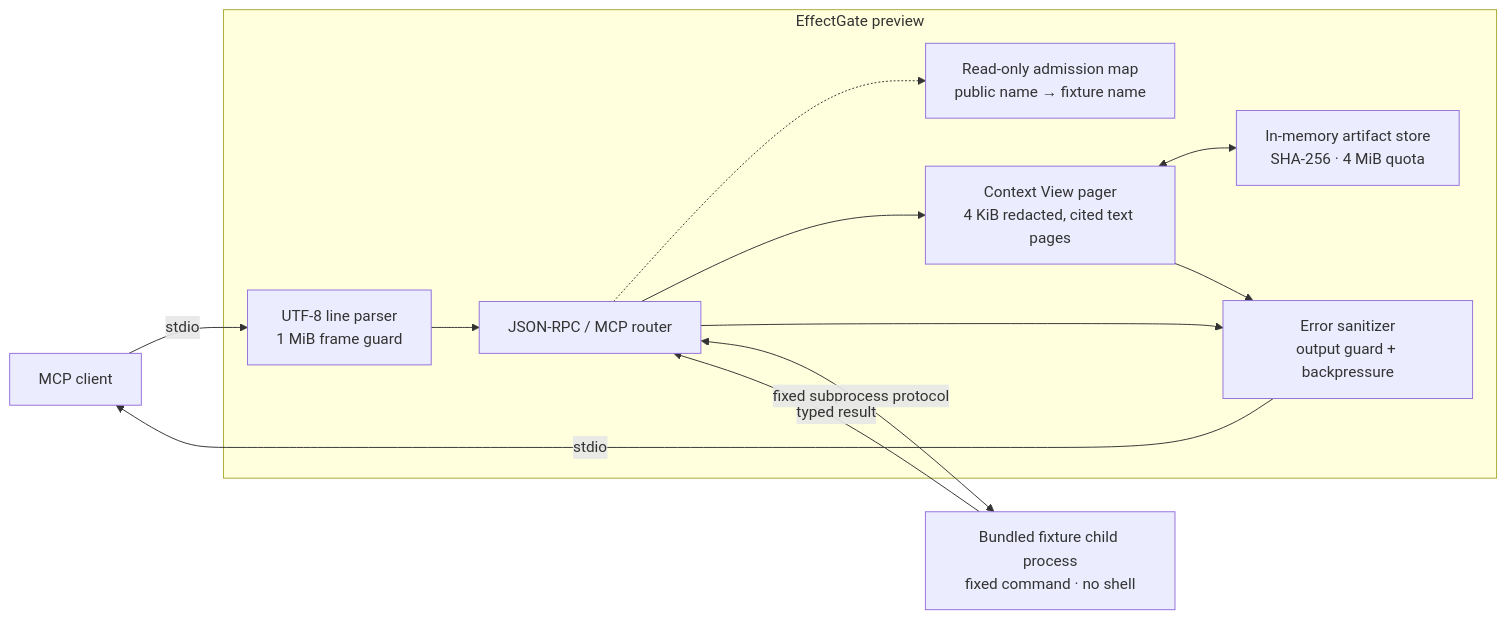
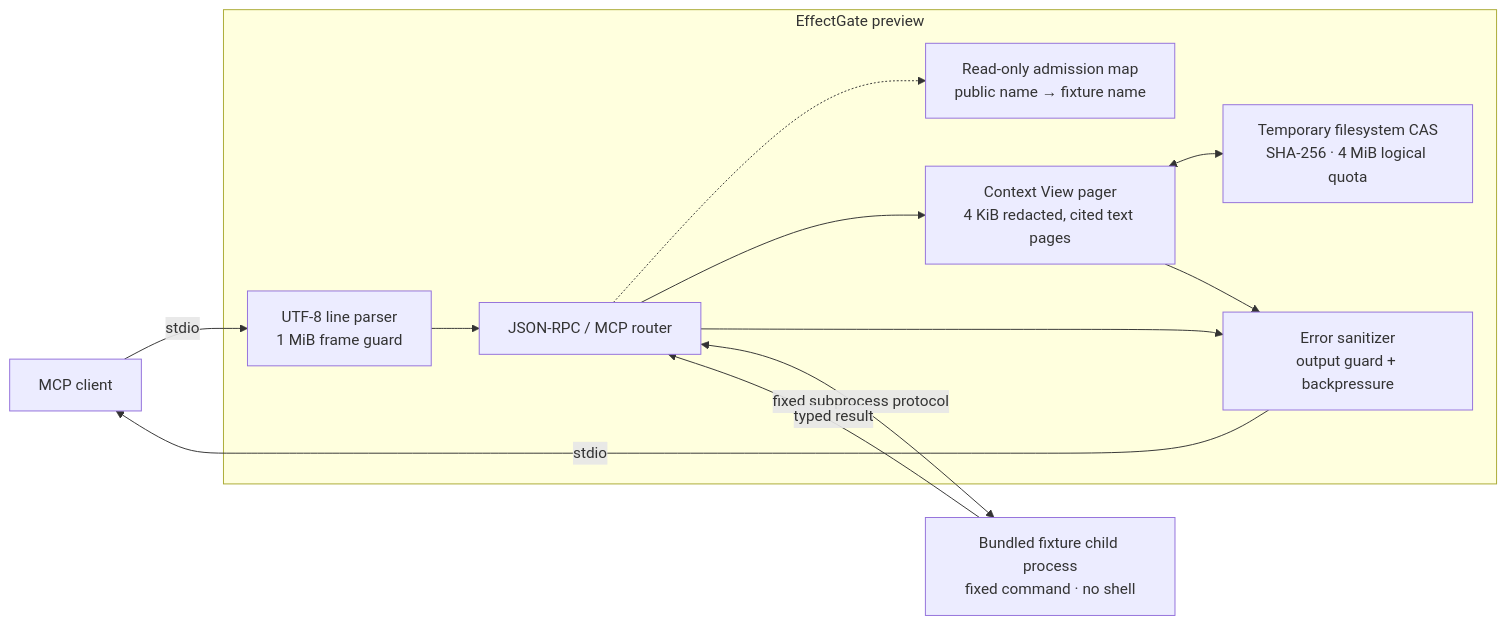
Before and after one commit to Miniks040506/EffectGate: the diagram in README.md, drawn with Mermaid. The commit also changed other lines of this file and 6 other files, not shown here.

````diff
--- a/README.md
+++ b/README.md
@@ -61,27 +61,27 @@
 ```mermaid
 flowchart LR
     Client["MCP client"]
 
     subgraph Gate["EffectGate preview"]
         Input["UTF-8 line parser<br/>1 MiB frame guard"]
         Router["JSON-RPC / MCP router"]
         Catalog["Read-only admission map<br/>public name → fixture name"]
         Views["Context View pager<br/>4 KiB redacted, cited text pages"]
-        Store["In-memory artifact store<br/>SHA-256 · 4 MiB quota"]
+        Store["Temporary filesystem CAS<br/>SHA-256 · 4 MiB logical quota"]
         Output["Error sanitizer<br/>output guard + backpressure"]
 
         Input --> Router
         Router -.-> Catalog
         Router --> Views
         Views <--> Store
         Router --> Output
         Views --> Output
     end
 
     Fixture["Bundled fixture child process<br/>fixed command · no shell"]
 
     Client -->|"stdio"| Input
     Router <-->|"fixed subprocess protocol"| Fixture
     Fixture -->|"typed result"| Router
     Output -->|"stdio"| Client
 ```
````
